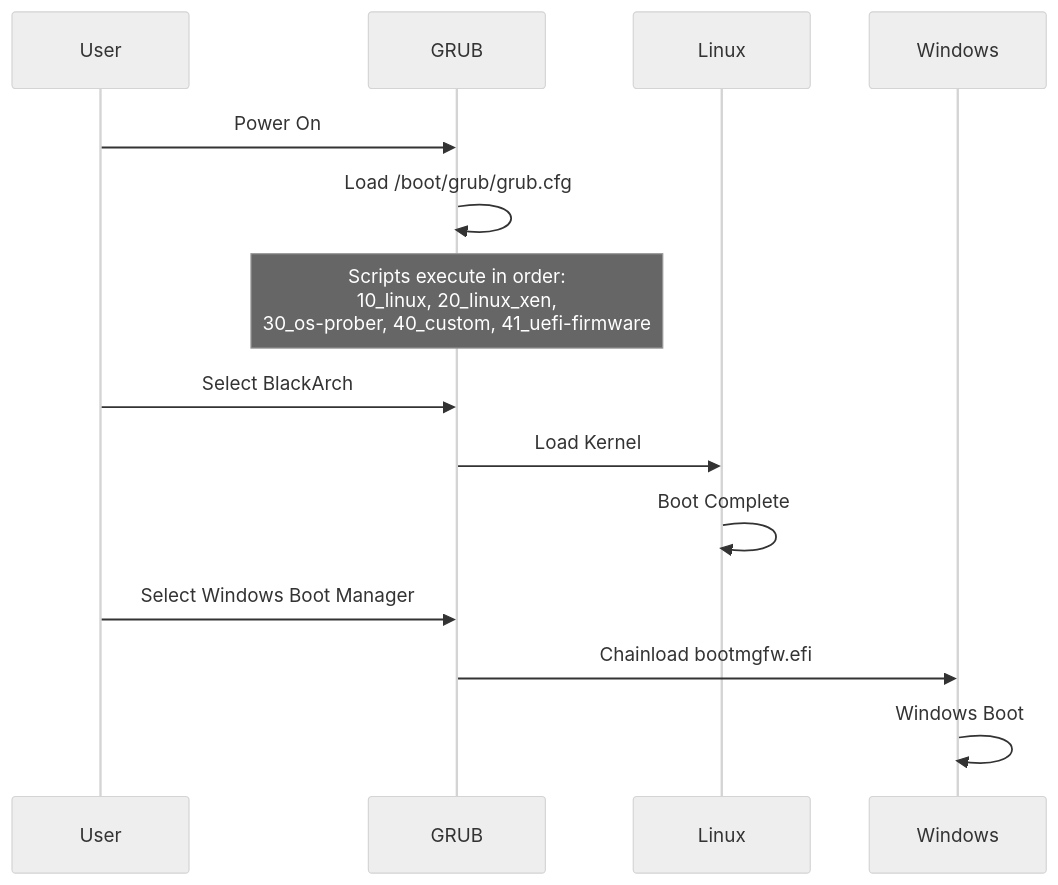
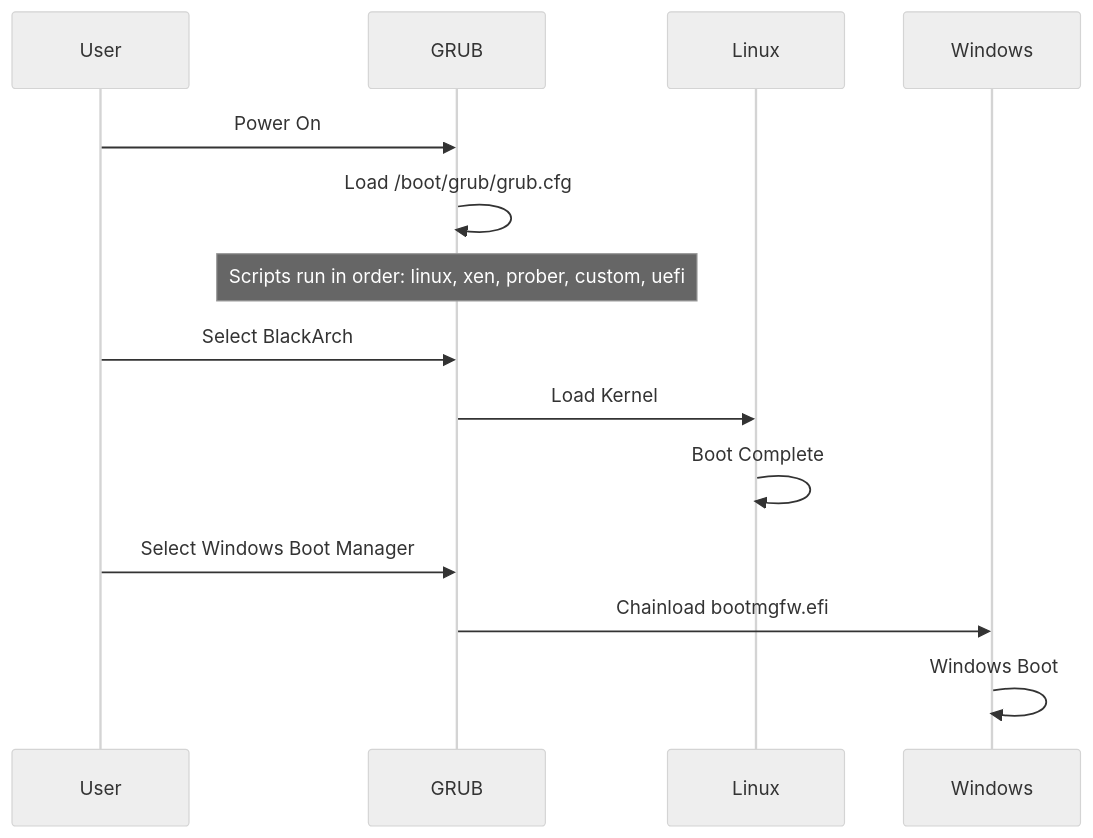
The third of 11 diagrams in System/Fixes/Visual-Guides.md (444Nazky/My-Vault), drawn with Mermaid (neutral theme) before and after one commit. The commit also changed other lines of this file and 8 other files, not shown here.

````diff
--- a/System/Fixes/Visual-Guides.md
+++ b/System/Fixes/Visual-Guides.md
@@ -67,19 +67,19 @@
 ```mermaid
 sequenceDiagram
     participant U as User
     participant G as GRUB
     participant L as Linux
     participant W as Windows
 
     U->>G: Power On
     G->>G: Load /boot/grub/grub.cfg
-    Note over G: Scripts execute in order:<br/>10_linux, 20_linux_xen,<br/>30_os-prober, 40_custom, 41_uefi-firmware
+    Note over G: Scripts run in order: linux, xen, prober, custom, uefi
 
     U->>G: Select BlackArch
     G->>L: Load Kernel
     L->>L: Boot Complete
 
     U->>G: Select Windows Boot Manager
     G->>W: Chainload bootmgfw.efi
     W->>W: Windows Boot
 ```
````
